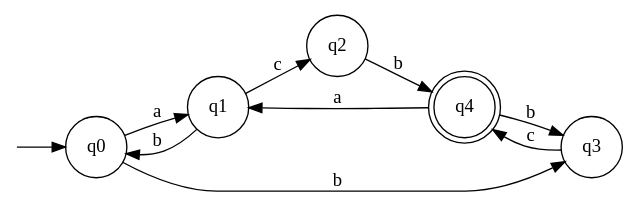
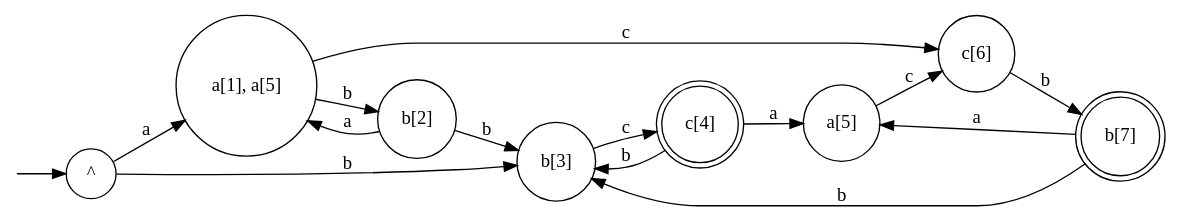
The diagram in dfa.dot (water-mizuu/finite_automata_conversion), drawn with Graphviz before and after one commit. The commit also changed 9 other files, not shown here.

```diff
--- a/dfa.dot
+++ b/dfa.dot
@@ -1,18 +1,26 @@
 digraph G {
   rankdir=LR;
   n__ [label="" shape=none width=.0];
-  0 [shape=circle label="q0"];
-  1 [shape=circle label="q1"];
-  2 [shape=circle label="q2"];
-  3 [shape=circle label="q3"];
-  4 [shape=doublecircle label="q4"];
+  0 [shape=circle label="^"];
+  1 [shape=circle label="a[1], a[5]"];
+  2 [shape=circle label="b[3]"];
+  3 [shape=circle label="b[2]"];
+  4 [shape=circle label="c[6]"];
+  5 [shape=doublecircle label="c[4]"];
+  6 [shape=doublecircle label="b[7]"];
+  7 [shape=circle label="a[5]"];
   n__ -> 0;
   0 -> 1 [label="a"];
-  0 -> 3 [label="b"];
-  1 -> 0 [label="b"];
-  1 -> 2 [label="c"];
-  2 -> 4 [label="b"];
-  3 -> 4 [label="c"];
-  4 -> 1 [label="a"];
-  4 -> 3 [label="b"];
+  0 -> 2 [label="b"];
+  1 -> 3 [label="b"];
+  1 -> 4 [label="c"];
+  2 -> 5 [label="c"];
+  3 -> 1 [label="a"];
+  3 -> 2 [label="b"];
+  4 -> 6 [label="b"];
+  5 -> 7 [label="a"];
+  5 -> 2 [label="b"];
+  6 -> 7 [label="a"];
+  6 -> 2 [label="b"];
+  7 -> 4 [label="c"];
 }
```
